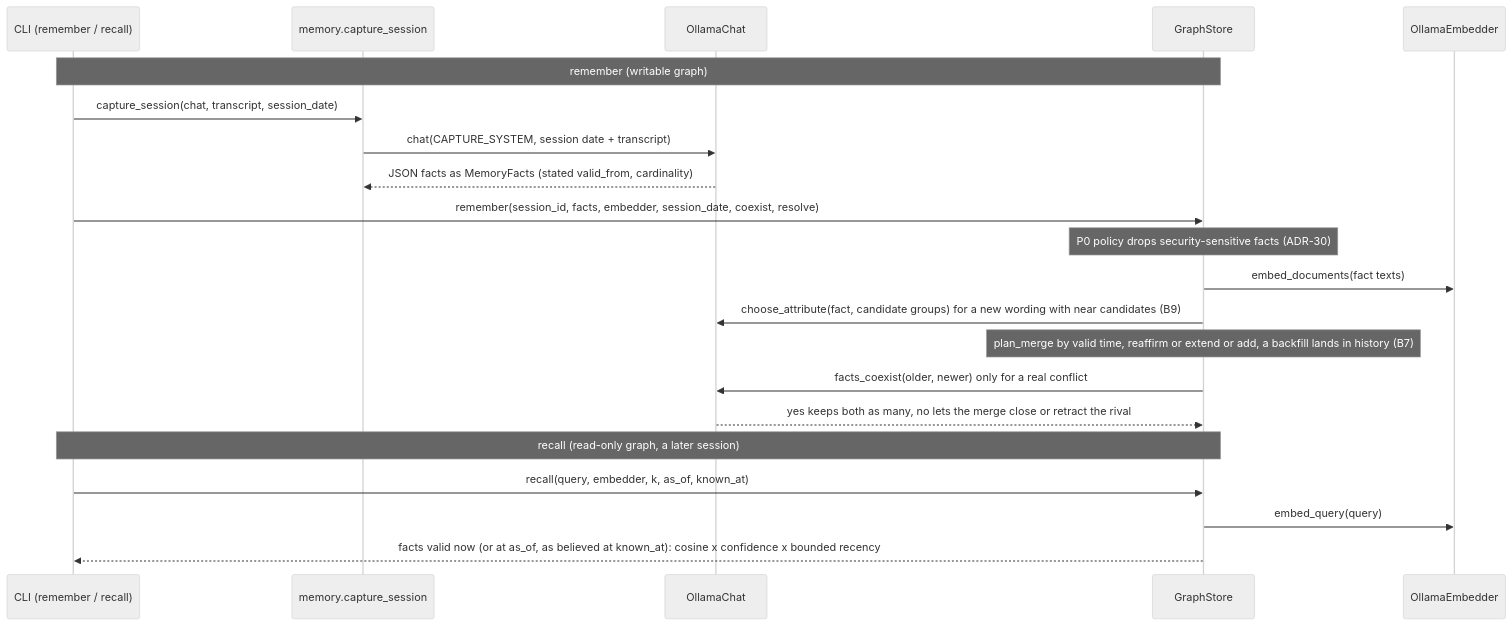
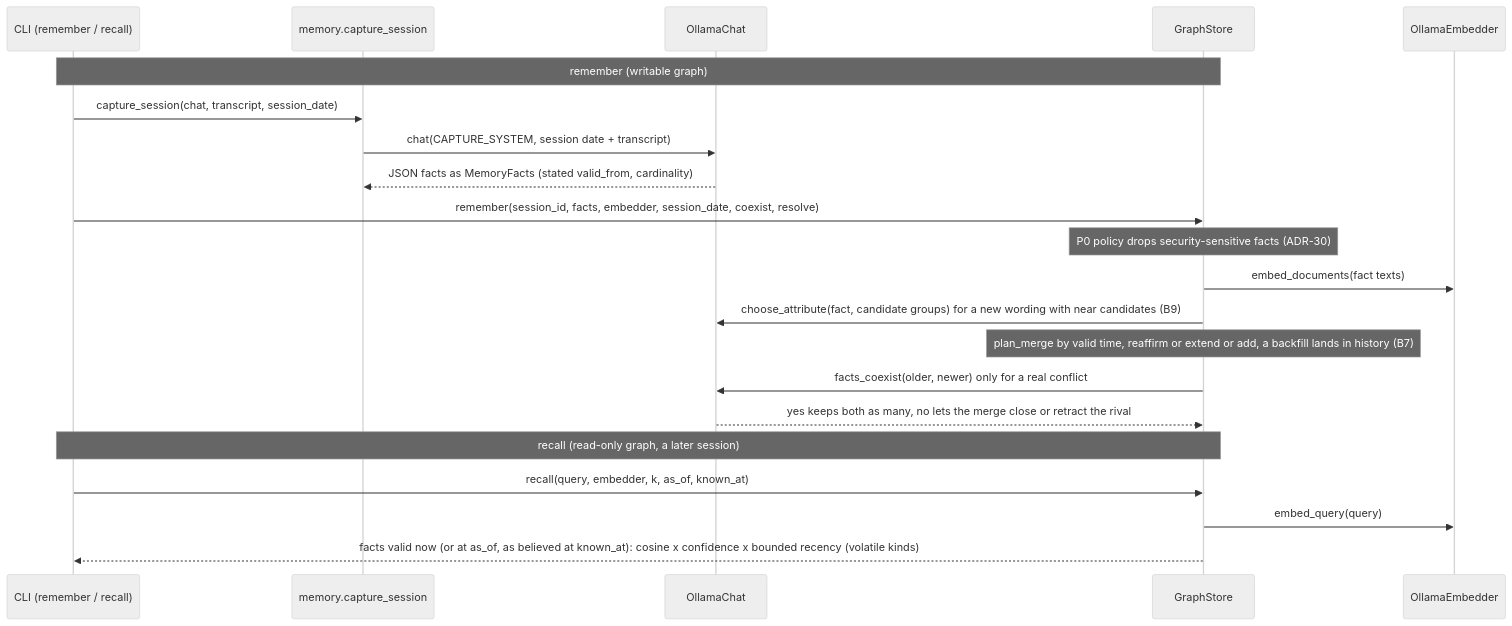
One commit to Neuroant/OpenWiki changed the sixth of 10 diagrams in docs/arc42/06-runtime-view.md. Above: the diagram before and after it, drawn with Mermaid (neutral theme). The commit also changed 14 other files, not shown here.

````diff
--- a/docs/arc42/06-runtime-view.md
+++ b/docs/arc42/06-runtime-view.md
@@ -168,25 +168,25 @@
 ```mermaid
 sequenceDiagram
   participant U as CLI (remember / recall)
   participant M as memory.capture_session
   participant C as OllamaChat
   participant GS as GraphStore
   participant E as OllamaEmbedder
 
   Note over U,GS: remember (writable graph)
   U->>M: capture_session(chat, transcript, session_date)
   M->>C: chat(CAPTURE_SYSTEM, session date + transcript)
   C-->>M: JSON facts as MemoryFacts (stated valid_from, cardinality)
   U->>GS: remember(session_id, facts, embedder, session_date, coexist, resolve)
   Note over GS: P0 policy drops security-sensitive facts (ADR-30)
   GS->>E: embed_documents(fact texts)
   GS->>C: choose_attribute(fact, candidate groups) for a new wording with near candidates (B9)
   Note over GS: plan_merge by valid time, reaffirm or extend or add, a backfill lands in history (B7)
   GS->>C: facts_coexist(older, newer) only for a real conflict
   C-->>GS: yes keeps both as many, no lets the merge close or retract the rival
 
   Note over U,GS: recall (read-only graph, a later session)
   U->>GS: recall(query, embedder, k, as_of, known_at)
   GS->>E: embed_query(query)
-  GS-->>U: facts valid now (or at as_of, as believed at known_at): cosine x confidence x bounded recency
+  GS-->>U: facts valid now (or at as_of, as believed at known_at): cosine x confidence x bounded recency (volatile kinds)
 ```
````
